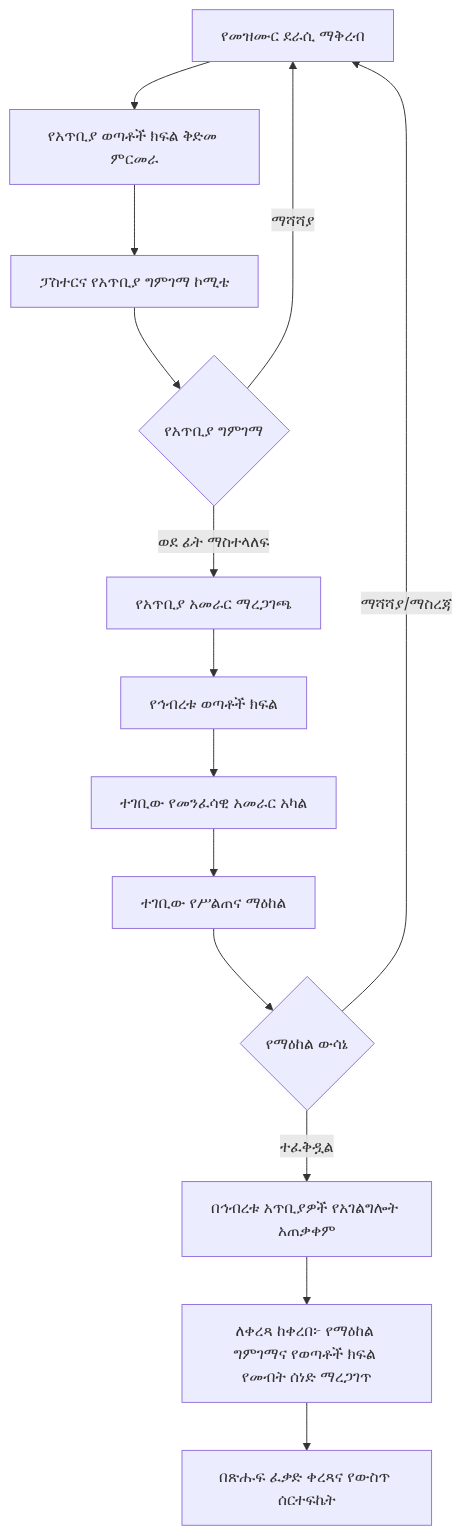
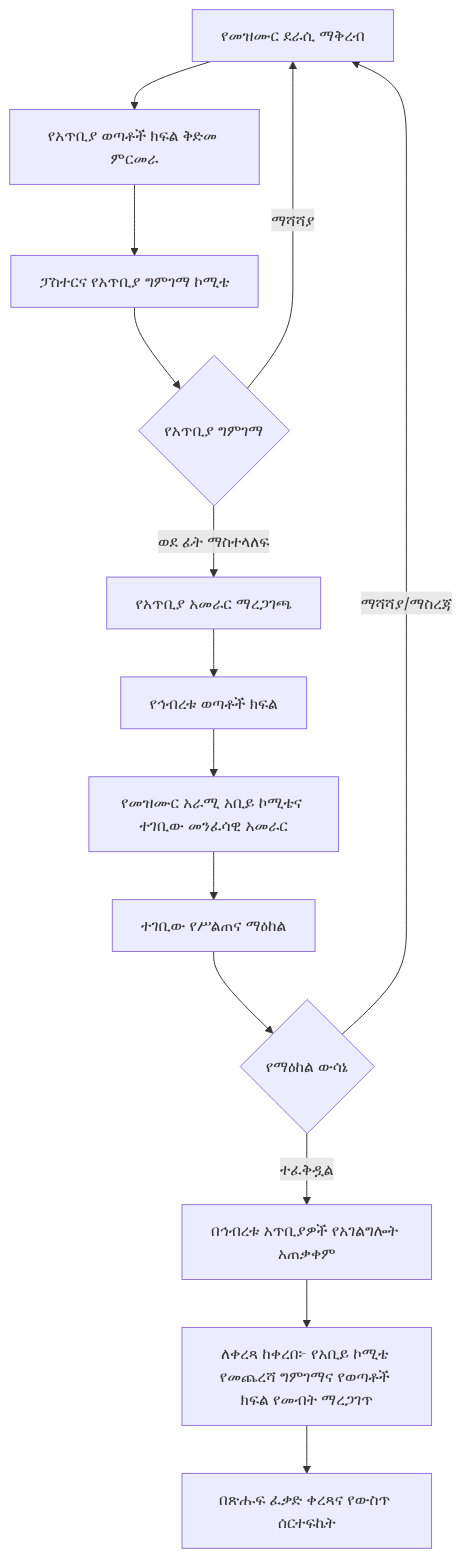
One commit to akefadaka-git/ekhc-digital-platform changed the third of 3 diagrams in docs/governance/maale-song-review-directive-am.md. Above: the diagram before and after it, drawn with Mermaid. The commit also changed other lines of this file, not shown here.

Commit message:
docs(governance): align committee authority diagrams and article numbering

````diff
--- a/docs/governance/maale-song-review-directive-am.md
+++ b/docs/governance/maale-song-review-directive-am.md
@@ -154,16 +155,16 @@
 ```mermaid
 flowchart TD
  A[የመዝሙር ደራሲ ማቅረብ] --> B[የአጥቢያ ወጣቶች ክፍል ቅድመ ምርመራ]
  B --> C[ፓስተርና የአጥቢያ ግምገማ ኮሚቴ]
  C --> D{የአጥቢያ ግምገማ}
  D -->|ማሻሻያ| A
  D -->|ወደ ፊት ማስተላለፍ| E[የአጥቢያ አመራር ማረጋገጫ]
  E --> F[የኅብረቱ ወጣቶች ክፍል]
- F --> G[ተገቢው የመንፈሳዊ አመራር አካል]
+ F --> G[የመዝሙር አራሚ አቢይ ኮሚቴና ተገቢው መንፈሳዊ አመራር]
  G --> H[ተገቢው የሥልጠና ማዕከል]
  H --> I{የማዕከል ውሳኔ}
  I -->|ማሻሻያ/ማስረጃ| A
  I -->|ተፈቅዷል| J[በኅብረቱ አጥቢያዎች የአገልግሎት አጠቃቀም]
- J --> K[ለቀረጻ ከቀረበ፦ የማዕከል ግምገማና የወጣቶች ክፍል የመብት ሰነድ ማረጋገጥ]
+ J --> K[ለቀረጻ ከቀረበ፦ የአቢይ ኮሚቴ የመጨረሻ ግምገማና የወጣቶች ክፍል የመብት ማረጋገጥ]
  K --> L[በጽሑፍ ፈቃድ ቀረጻና የውስጥ ሰርተፍኬት]
 ```
````
